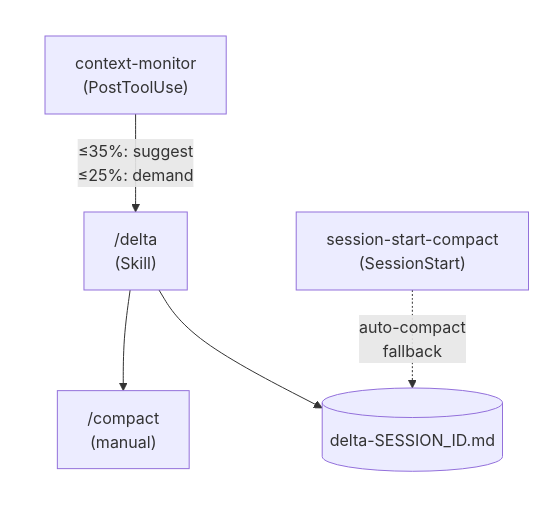
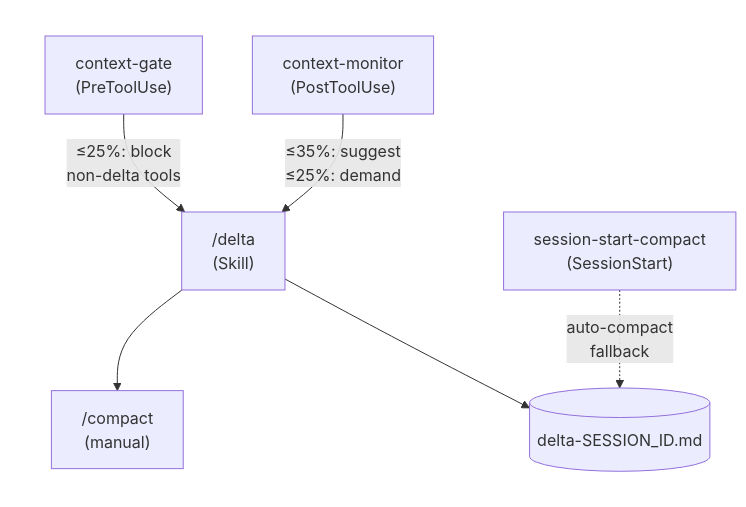
The diagram in README.md (thkt/delta), drawn with Mermaid before and after one commit. The commit also changed other lines of this file and 8 other files, not shown here.

First line of the commit message:
feat(context-gate): add PreToolUse blocking gate for critical context level

````diff
--- a/README.md
+++ b/README.md
@@ -18,12 +18,13 @@
 ```mermaid
 flowchart TD
     subgraph main [" "]
-        A["context-monitor<br>(PostToolUse)"] -->|"≤35%: suggest<br>≤25%: demand"| B["/delta<br>(Skill)"]
+        G["context-gate<br>(PreToolUse)"] -->|"≤25%: block<br>non-delta tools"| B["/delta<br>(Skill)"]
+        A["context-monitor<br>(PostToolUse)"] -->|"≤35%: suggest<br>≤25%: demand"| B
         B --> C["/compact<br>(manual)"]
     end
 
     B --> D[("delta-SESSION_ID.md")]
     E["session-start-compact<br>(SessionStart)"] -.->|"auto-compact<br>fallback"| D
 
     style main fill:none,stroke:none
 ```
````
